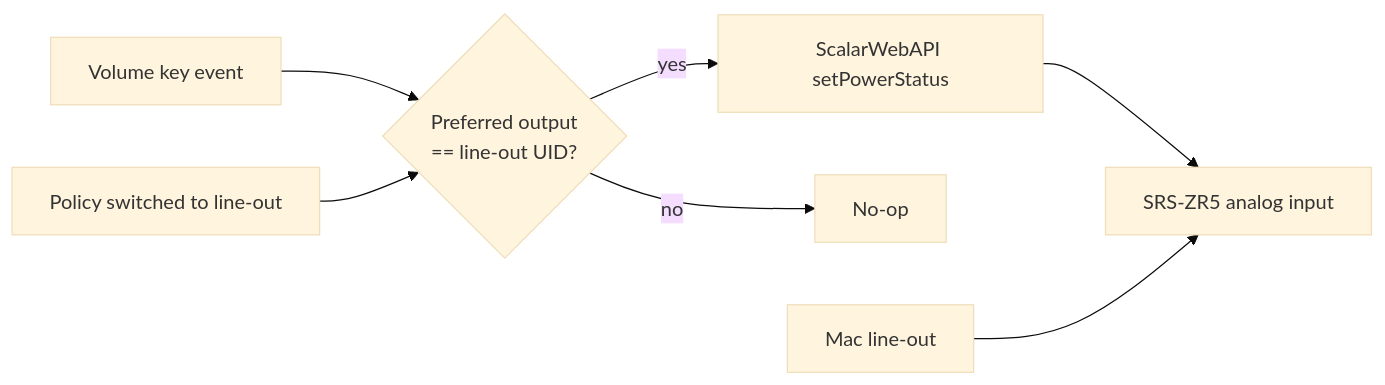
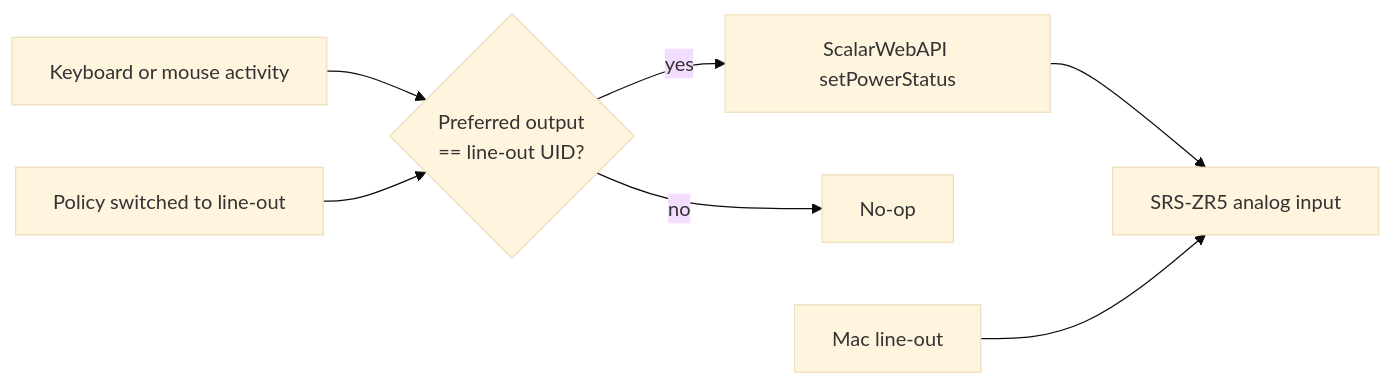
One commit to the-hcma/rusty-jack changed the first of 3 diagrams in IMPLEMENTATION_PLAN.md. Above: the diagram before and after it, drawn with Mermaid (base theme). The commit also changed other lines of this file and 2 other files, not shown here.

First line of the commit message:
Revise Sony SRS-ZR5 plan to wake on mouse/keyboard activity.

````diff
--- a/IMPLEMENTATION_PLAN.md
+++ b/IMPLEMENTATION_PLAN.md
@@ -141,9 +145,9 @@
 ```mermaid
 flowchart LR
-    VolKeys[Volume key event] --> Gate{Preferred output\n== line-out UID?}
+    Input[Keyboard or mouse activity] --> Gate{Preferred output\n== line-out UID?}
     Policy[Policy switched to line-out] --> Gate
     Gate -->|yes| ScalarAPI[ScalarWebAPI setPowerStatus]
     Gate -->|no| Skip[No-op]
     ScalarAPI --> ZR5[SRS-ZR5 analog input]
     MacOut[Mac line-out] --> ZR5
 ```
````
